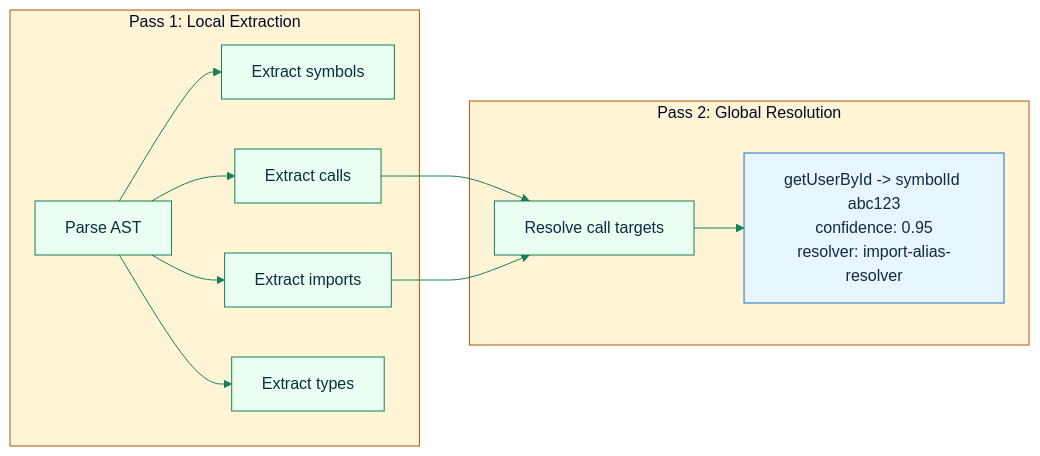
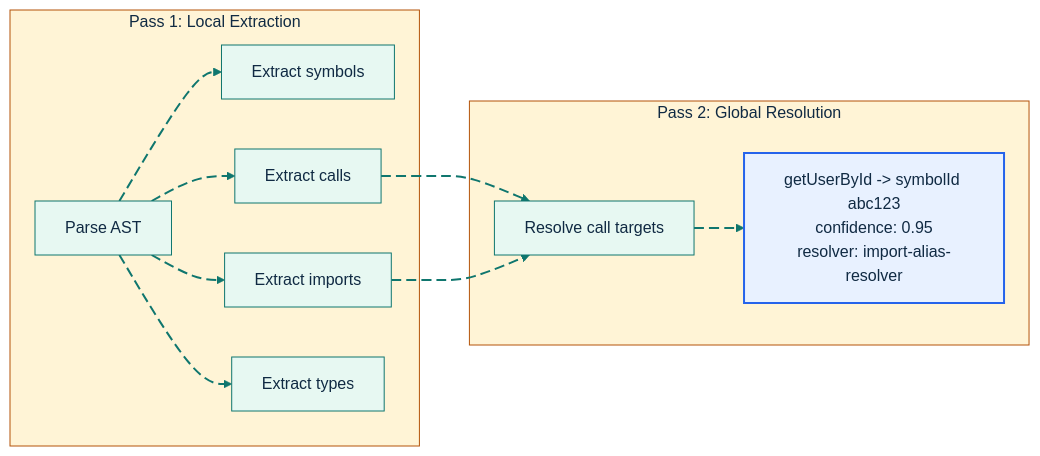
Before and after one commit to GlitterKill/sdl-mcp: the first of 2 diagrams in docs/feature-deep-dives/indexing-languages.md, drawn with Mermaid. The commit also changed other lines of this file and 33 other files, not shown here.

First line of the commit message:
docs: update mermaid diagram themes and styling across documentation

````diff
--- a/docs/feature-deep-dives/indexing-languages.md
+++ b/docs/feature-deep-dives/indexing-languages.md
@@ -39,19 +39,28 @@
 ```mermaid
-%%{init: {"theme":"base","themeVariables":{"primaryColor":"#e8fff1","primaryBorderColor":"#157f5b","primaryTextColor":"#102a43","secondaryColor":"#eef6ff","secondaryBorderColor":"#2563eb","tertiaryColor":"#fff4d6","tertiaryBorderColor":"#b45309","lineColor":"#157f5b","fontFamily":"Trebuchet MS, Arial"},"flowchart":{"curve":"basis"}}}%%
+%%{init: {"theme":"base","themeVariables":{"background":"#ffffff","primaryColor":"#E7F8F2","primaryBorderColor":"#0F766E","primaryTextColor":"#102A43","secondaryColor":"#E8F1FF","secondaryBorderColor":"#2563EB","secondaryTextColor":"#102A43","tertiaryColor":"#FFF4D6","tertiaryBorderColor":"#B45309","tertiaryTextColor":"#102A43","lineColor":"#0F766E","textColor":"#102A43","fontFamily":"Inter, ui-sans-serif, system-ui, -apple-system, BlinkMacSystemFont, Segoe UI, sans-serif"},"flowchart":{"curve":"basis","htmlLabels":true}}}%%
 flowchart LR
     subgraph Pass1["Pass 1: Local Extraction"]
-        Parse["Parse AST"] --> Symbols["Extract symbols"]
-        Parse --> Imports["Extract imports"]
-        Parse --> Calls["Extract calls"]
-        Parse --> Types["Extract types"]
+        Parse["Parse AST"] e1@--> Symbols["Extract symbols"]
+        Parse e2@--> Imports["Extract imports"]
+        Parse e3@--> Calls["Extract calls"]
+        Parse e4@--> Types["Extract types"]
     end
 
     subgraph Pass2["Pass 2: Global Resolution"]
-        Resolve["Resolve call targets"] --> Example["getUserById -> symbolId abc123<br/>confidence: 0.95<br/>resolver: import-alias-resolver"]
+        Resolve["Resolve call targets"] e5@--> Example["getUserById -> symbolId abc123<br/>confidence: 0.95<br/>resolver: import-alias-resolver"]
     end
 
-    Calls --> Resolve
-    Imports --> Resolve
+    Calls e6@--> Resolve
+    Imports e7@--> Resolve
 
-    style Example fill:#e7f5ff,stroke:#1971c2
+    style Example fill:#E8F1FF,stroke:#2563EB,stroke-width:2px,color:#102A43
+
+    classDef source fill:#E7F8F2,stroke:#0F766E,stroke-width:2px,color:#102A43;
+    classDef process fill:#E8F1FF,stroke:#2563EB,stroke-width:2px,color:#102A43;
+    classDef decision fill:#FFF4D6,stroke:#B45309,stroke-width:2px,color:#102A43;
+    classDef storage fill:#F2E8FF,stroke:#7C3AED,stroke-width:2px,color:#102A43;
+    classDef output fill:#FFE8EF,stroke:#BE123C,stroke-width:2px,color:#102A43;
+    classDef muted fill:#F8FAFC,stroke:#64748B,stroke-width:1px,color:#102A43;
+    classDef animate stroke:#0F766E,stroke-width:2px,stroke-dasharray:10\,5,stroke-dashoffset:900,animation:dash 22s linear infinite;
+    class e1,e2,e3,e4,e5,e6,e7 animate;
 ```
````
